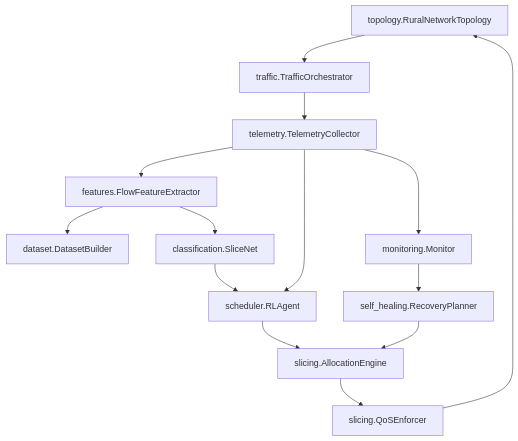
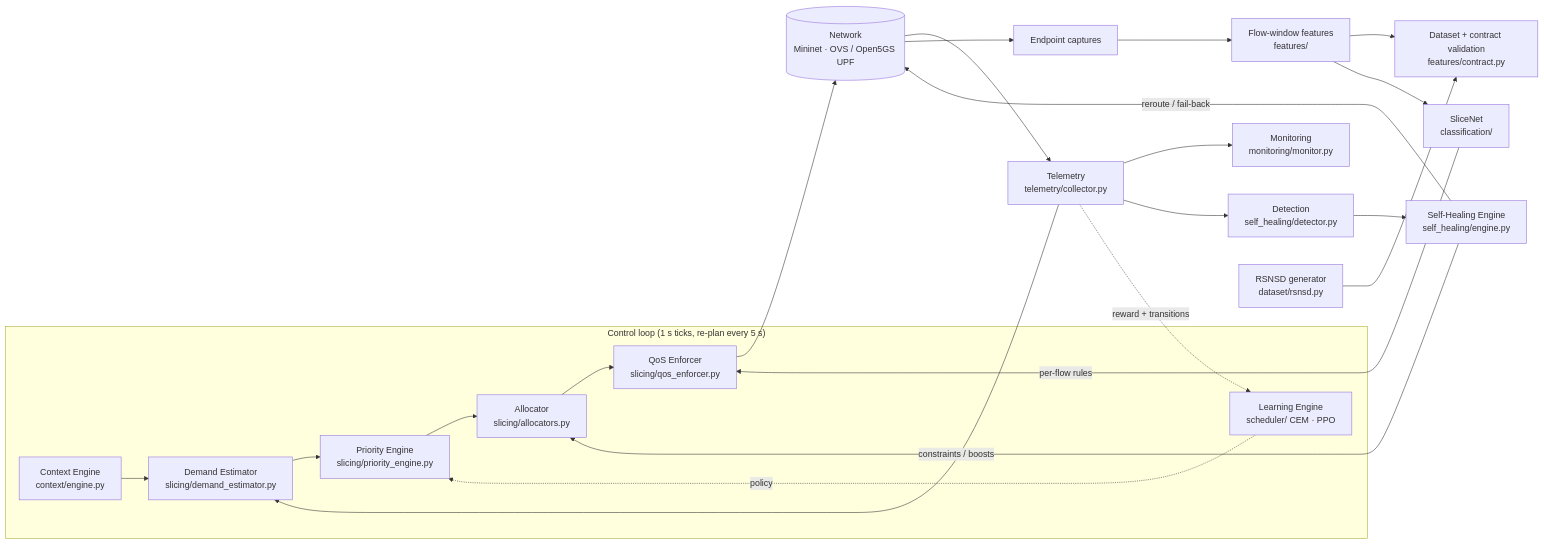
One commit to just-ketan/CARS-SF changed the first of 2 diagrams in ARCHITECTURE.md. Above: the diagram before and after it, drawn with Mermaid. The commit also changed other lines of this file and 247 other files, not shown here.

````diff
--- a/ARCHITECTURE.md
+++ b/ARCHITECTURE.md
@@ -59,20 +14,23 @@
 ```mermaid
-flowchart TB
-    Topo[topology.RuralNetworkTopology]
-    Traf[traffic.TrafficOrchestrator]
-    Tel[telemetry.TelemetryCollector]
-    FE[features.FlowFeatureExtractor]
-    DS[dataset.DatasetBuilder]
-    SN[classification.SliceNet]
-    Sched[scheduler.RLAgent]
-    Alloc[slicing.AllocationEngine]
-    QoS[slicing.QoSEnforcer]
-    Mon[monitoring.Monitor]
-    SH[self_healing.RecoveryPlanner]
-
-    Topo --> Traf --> Tel --> FE --> DS
-    FE --> SN --> Sched
-    Tel --> Sched
-    Sched --> Alloc --> QoS --> Topo
-    Tel --> Mon --> SH --> Alloc
+flowchart LR
+    subgraph Control["Control loop (1 s ticks, re-plan every 5 s)"]
+        CTX[Context Engine<br/>context/engine.py] --> DEM[Demand Estimator<br/>slicing/demand_estimator.py]
+        DEM --> PRI[Priority Engine<br/>slicing/priority_engine.py]
+        LRN[Learning Engine<br/>scheduler/ CEM · PPO] -. policy .-> PRI
+        PRI --> ALLOC[Allocator<br/>slicing/allocators.py]
+        ALLOC --> QOS[QoS Enforcer<br/>slicing/qos_enforcer.py]
+    end
+    QOS --> NET[(Network<br/>Mininet · OVS / Open5GS UPF)]
+    NET --> TEL[Telemetry<br/>telemetry/collector.py]
+    TEL --> MON[Monitoring<br/>monitoring/monitor.py]
+    TEL --> DET[Detection<br/>self_healing/detector.py]
+    DET --> HEAL[Self-Healing Engine<br/>self_healing/engine.py]
+    HEAL -- reroute / fail-back --> NET
+    HEAL -- constraints / boosts --> ALLOC
+    TEL --> DEM
+    TEL -. reward + transitions .-> LRN
+    NET --> CAP[Endpoint captures] --> FEAT[Flow-window features<br/>features/] --> DS[Dataset + contract validation<br/>features/contract.py]
+    RS[RSNSD generator<br/>dataset/rsnsd.py] --> DS
+    FEAT --> SN[SliceNet<br/>classification/]
+    SN -- per-flow rules --> QOS
 ```
````
